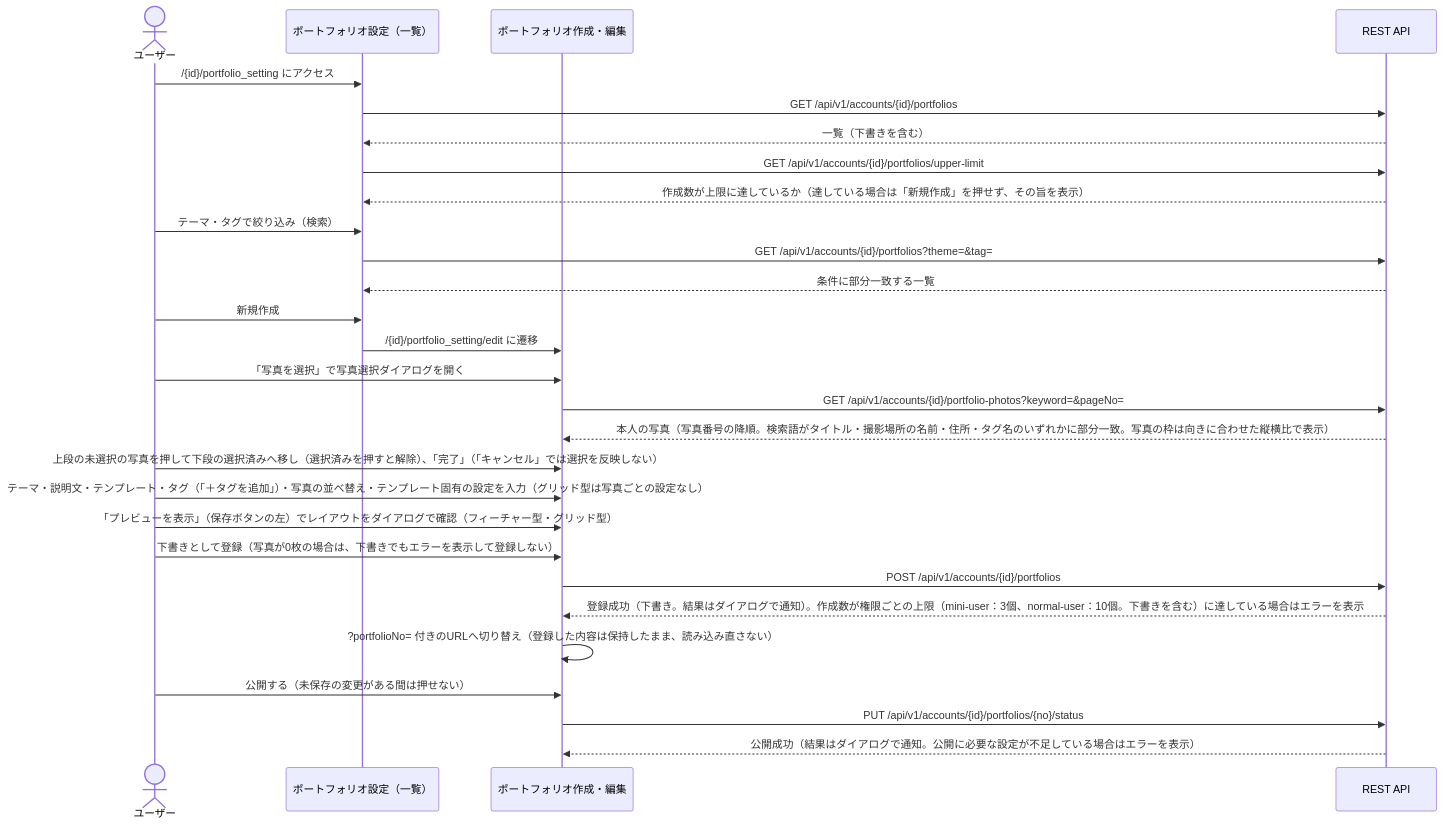
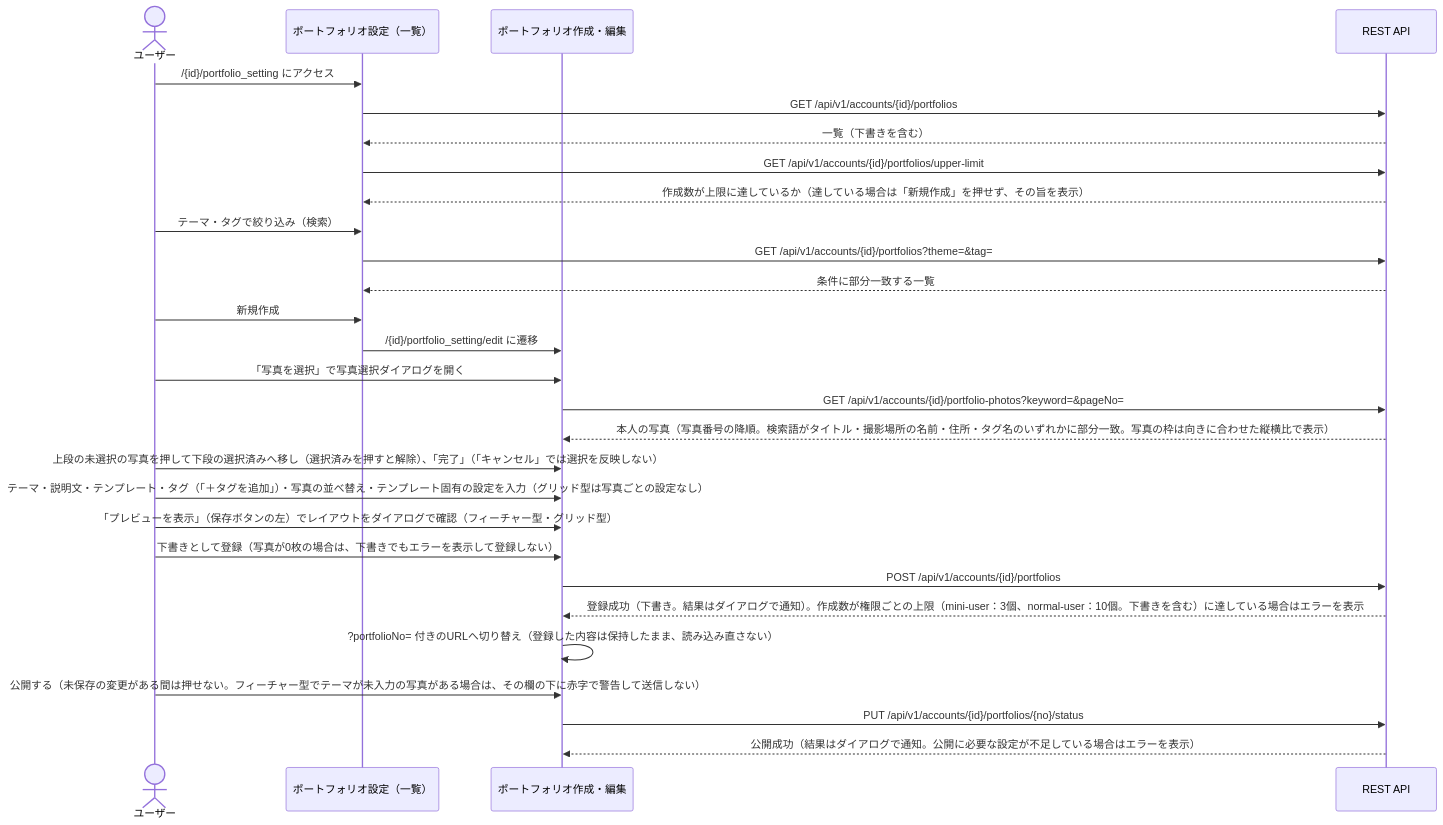
The fifth of 10 diagrams in doc/view/screen-transition.md (KentoKodama214/WebGallery), drawn with Mermaid before and after one commit. The commit also changed 2 other files, not shown here.

Commit message:
feat(portfolio-ui): warn below each missing feature photo theme before publishing
The backend rejects publishing (or saving a published portfolio) when a
feature photo has no theme, but the page only showed a generic message.
Check the same condition before sending and show the warning in red below
each theme field that needs input.

````diff
--- a/doc/view/screen-transition.md
+++ b/doc/view/screen-transition.md
@@ -209,31 +209,31 @@
 ```mermaid
 sequenceDiagram
     actor User as ユーザー
     participant List as ポートフォリオ設定（一覧）
     participant Edit as ポートフォリオ作成・編集
     participant API as REST API
 
     User->>List: /{id}/portfolio_setting にアクセス
     List->>API: GET /api/v1/accounts/{id}/portfolios
     API-->>List: 一覧（下書きを含む）
     List->>API: GET /api/v1/accounts/{id}/portfolios/upper-limit
     API-->>List: 作成数が上限に達しているか（達している場合は「新規作成」を押せず、その旨を表示）
     User->>List: テーマ・タグで絞り込み（検索）
     List->>API: GET /api/v1/accounts/{id}/portfolios?theme=&tag=
     API-->>List: 条件に部分一致する一覧
     User->>List: 新規作成
     List->>Edit: /{id}/portfolio_setting/edit に遷移
     User->>Edit: 「写真を選択」で写真選択ダイアログを開く
     Edit->>API: GET /api/v1/accounts/{id}/portfolio-photos?keyword=&pageNo=
     API-->>Edit: 本人の写真（写真番号の降順。検索語がタイトル・撮影場所の名前・住所・タグ名のいずれかに部分一致。写真の枠は向きに合わせた縦横比で表示）
     User->>Edit: 上段の未選択の写真を押して下段の選択済みへ移し（選択済みを押すと解除）、「完了」（「キャンセル」では選択を反映しない）
     User->>Edit: テーマ・説明文・テンプレート・タグ（「＋タグを追加」）・写真の並べ替え・テンプレート固有の設定を入力（グリッド型は写真ごとの設定なし）
     User->>Edit: 「プレビューを表示」（保存ボタンの左）でレイアウトをダイアログで確認（フィーチャー型・グリッド型）
     User->>Edit: 下書きとして登録（写真が0枚の場合は、下書きでもエラーを表示して登録しない）
     Edit->>API: POST /api/v1/accounts/{id}/portfolios
     API-->>Edit: 登録成功（下書き。結果はダイアログで通知）。作成数が権限ごとの上限（mini-user：3個、normal-user：10個。下書きを含む）に達している場合はエラーを表示
     Edit->>Edit: ?portfolioNo= 付きのURLへ切り替え（登録した内容は保持したまま、読み込み直さない）
-    User->>Edit: 公開する（未保存の変更がある間は押せない）
+    User->>Edit: 公開する（未保存の変更がある間は押せない。フィーチャー型でテーマが未入力の写真がある場合は、その欄の下に赤字で警告して送信しない）
     Edit->>API: PUT /api/v1/accounts/{id}/portfolios/{no}/status
     API-->>Edit: 公開成功（結果はダイアログで通知。公開に必要な設定が不足している場合はエラーを表示）
 ```
````
